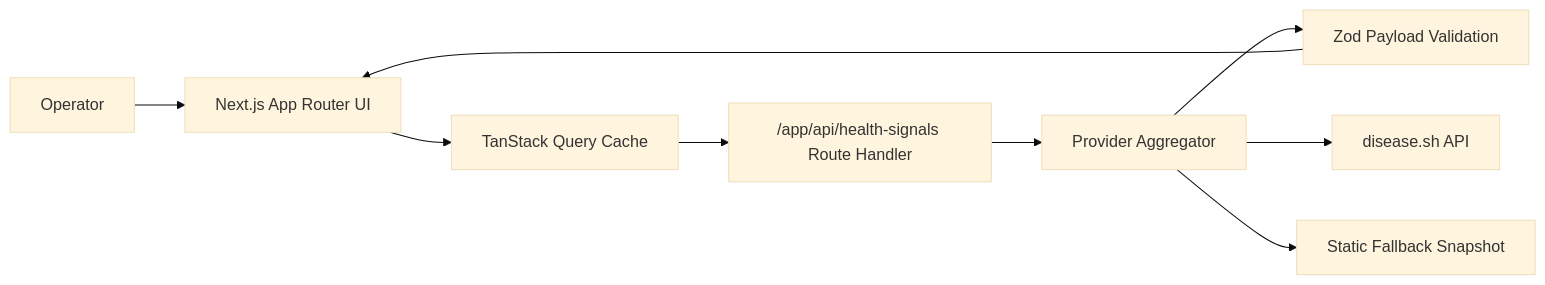
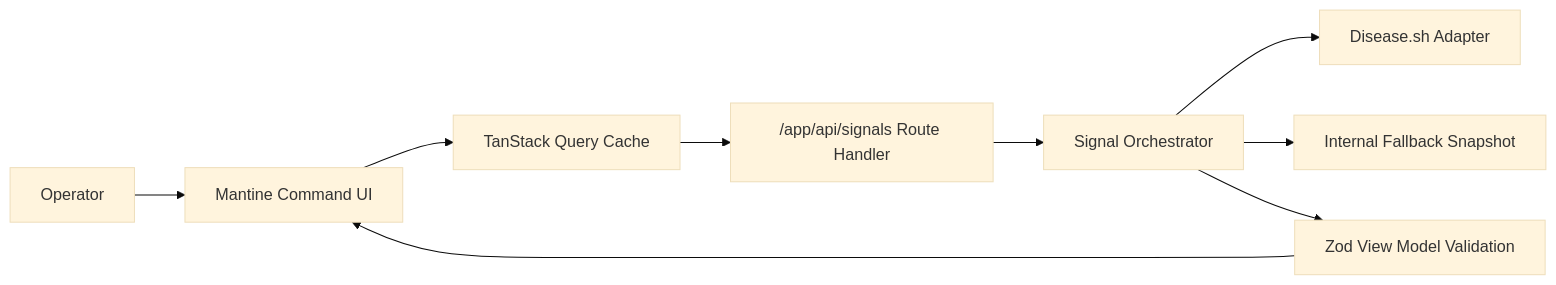
The diagram in README.md (AibSyed/covid-app), drawn with Mermaid (base theme) before and after one commit. The commit also changed other lines of this file and 44 other files, not shown here.

Commit message:
feat: rebuild health command center with modern stack (#12)

````diff
--- a/README.md
+++ b/README.md
@@ -12,11 +18,11 @@
 ```mermaid
 flowchart LR
-  O["Operator"] --> UI["Next.js App Router UI"]
+  U["Operator"] --> UI["Mantine Command UI"]
   UI --> Q["TanStack Query Cache"]
-  Q --> RH["/app/api/health-signals Route Handler"]
-  RH --> AGG["Provider Aggregator"]
-  AGG --> VAL["Zod Payload Validation"]
-  AGG --> DS["disease.sh API"]
-  AGG --> SNAP["Static Fallback Snapshot"]
-  VAL --> UI
+  Q --> RH["/app/api/signals Route Handler"]
+  RH --> ORCH["Signal Orchestrator"]
+  ORCH --> DS["Disease.sh Adapter"]
+  ORCH --> FB["Internal Fallback Snapshot"]
+  ORCH --> Z["Zod View Model Validation"]
+  Z --> UI
 ```
````
